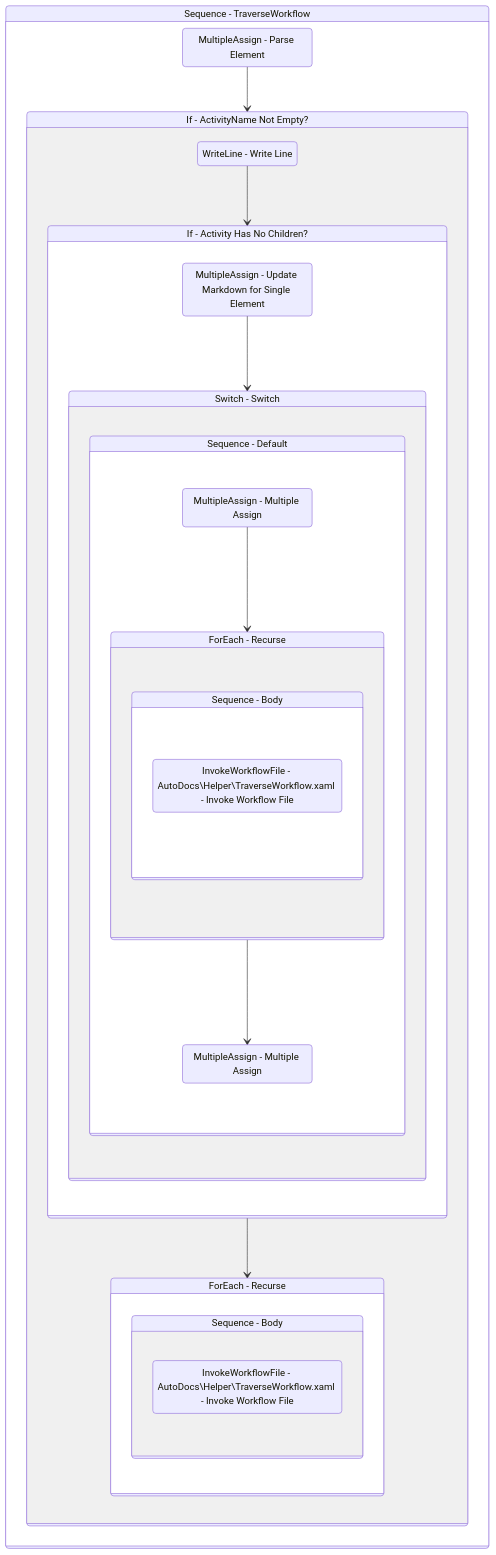
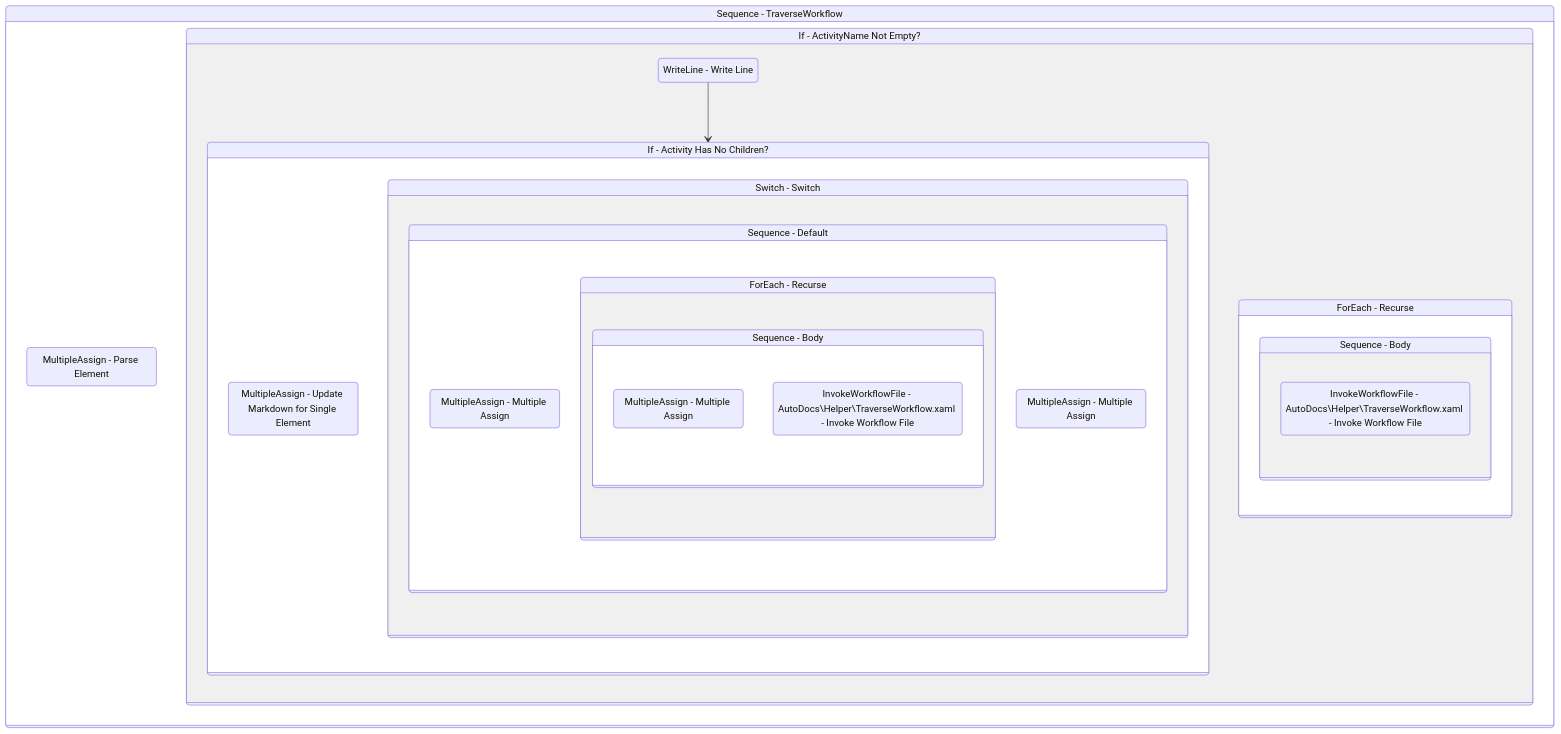
The diagram in Documentation/AutoDocs/TraverseWorkflow.md (yashbrahmbhatt/LazyFramework), drawn with Mermaid before and after one commit. The commit also changed 72 other files, not shown here.

````diff
--- a/Documentation/AutoDocs/TraverseWorkflow.md
+++ b/Documentation/AutoDocs/TraverseWorkflow.md
@@ -151,57 +151,57 @@
 ```mermaid
 stateDiagram-v2
 
 
 Sequence_1: Sequence - TraverseWorkflow
 state Sequence_1 {
 direction TB
 MultipleAssign_1 : MultipleAssign - Parse Element
-MultipleAssign_1 --> If_1
+
 If_1: If - ActivityName Not Empty?
 state If_1 {
 direction TB
 WriteLine_2 : WriteLine - Write Line
 WriteLine_2 --> If_2
 If_2: If - Activity Has No Children?
 state If_2 {
 direction TB
 MultipleAssign_2 : MultipleAssign - Update Markdown for Single Element
-MultipleAssign_2 --> Switch1_1
+
 Switch1_1: Switch - Switch
 state Switch1_1 {
 direction TB
 
 Sequence_6: Sequence - Default
 state Sequence_6 {
 direction TB
 MultipleAssign_4 : MultipleAssign - Multiple Assign
-MultipleAssign_4 --> ForEach1_3
+
 ForEach1_3: ForEach - Recurse
 state ForEach1_3 {
 direction TB
 
 Sequence_7: Sequence - Body
 state Sequence_7 {
 direction TB
+MultipleAssign_6 : MultipleAssign - Multiple Assign
 InvokeWorkflowFile_2 : InvokeWorkflowFile - AutoDocs\\Helper\\TraverseWorkflow.xaml - Invoke Workflow File
 }
 }
 MultipleAssign_5 : MultipleAssign - Multiple Assign
-ForEach1_3 --> MultipleAssign_5
 }
 }
 }
-If_2 --> ForEach1_1
+
 ForEach1_1: ForEach - Recurse
 state ForEach1_1 {
 direction TB
 
 Sequence_2: Sequence - Body
 state Sequence_2 {
 direction TB
 InvokeWorkflowFile_1 : InvokeWorkflowFile - AutoDocs\\Helper\\TraverseWorkflow.xaml - Invoke Workflow File
 }
 }
 }
 }
 ```
````
